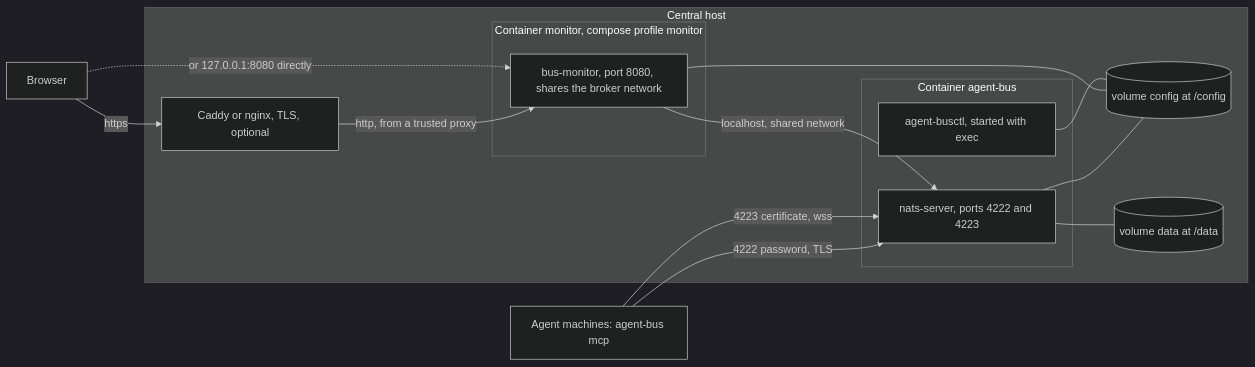
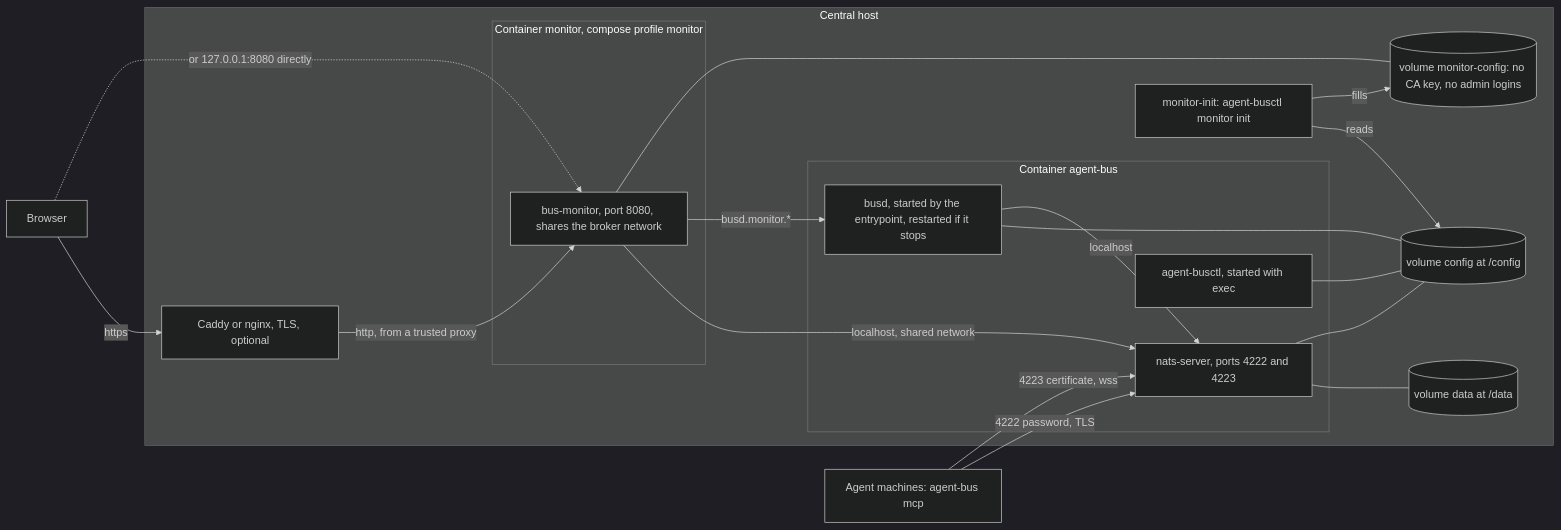
Before and after one commit to gentoomaniac/agent-bus: the first of 2 diagrams in docs/design/operations.md, drawn with Mermaid (dark theme). The commit also changed other lines of this file, not shown here.

First line of the commit message:
docs/design: operations describes busd in the broker container, the monitor's own config volume and the container deploy

````diff
--- a/docs/design/operations.md
+++ b/docs/design/operations.md
@@ -23,27 +23,35 @@
 ```mermaid
 flowchart LR
   subgraph host["Central host"]
     subgraph broker["Container agent-bus"]
       nats["nats-server, ports 4222 and 4223"]
+      busd["busd, started by the entrypoint, restarted if it stops"]
       busctl["agent-busctl, started with exec"]
     end
     subgraph monitorc["Container monitor, compose profile monitor"]
       monitor["bus-monitor, port 8080, shares the broker network"]
     end
+    initc["monitor-init: agent-busctl monitor init"]
     proxy["Caddy or nginx, TLS, optional"]
     config[("volume config at /config")]
+    monitorconfig[("volume monitor-config: no CA key, no admin logins")]
     data[("volume data at /data")]
   end
   agents["Agent machines: agent-bus mcp"]
   browser["Browser"]
   agents -->|"4222 password, TLS"| nats
   agents -->|"4223 certificate, wss"| nats
   browser -->|"https"| proxy
   proxy -->|"http, from a trusted proxy"| monitor
   browser -.->|"or 127.0.0.1:8080 directly"| monitor
   monitor -->|"localhost, shared network"| nats
   nats --- data
   nats --- config
-  monitor --- config
+  busd --- config
+  busd -->|"localhost"| nats
+  monitor -->|"busd.monitor.*"| busd
+  initc -->|"reads"| config
+  initc -->|"fills"| monitorconfig
+  monitor --- monitorconfig
   busctl --- config
 ```
````
